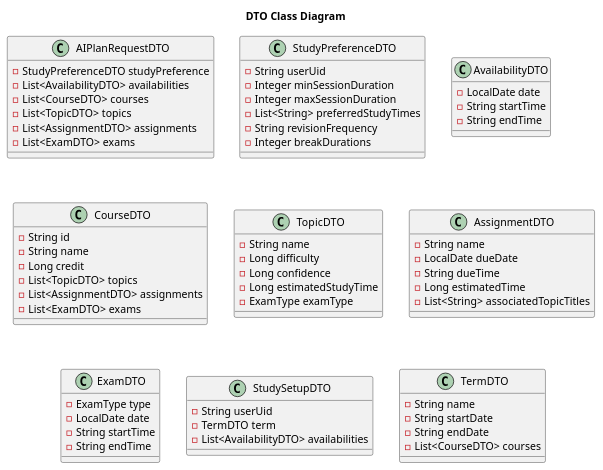
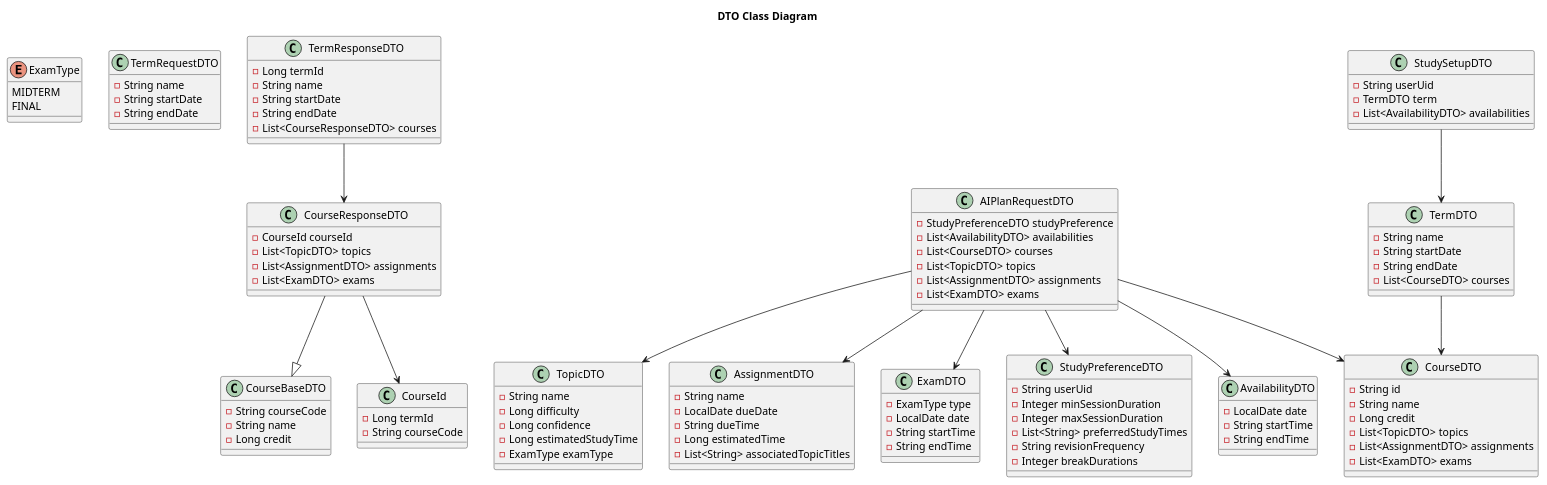
Before and after one commit to keerati5003/PlanMate-Diagram: the diagram in dto.puml, drawn with PlantUML. The commit also changed 2 other files, not shown here.

Commit message:
update term, topic

```diff
--- a/dto.puml
+++ b/dto.puml
@@ -1,73 +1,122 @@
 @startuml
 title DTO Class Diagram
 
-class AIPlanRequestDTO {
-    - StudyPreferenceDTO studyPreference
-    - List<AvailabilityDTO> availabilities
-    - List<CourseDTO> courses
+enum ExamType {
+    MIDTERM
+    FINAL
+}
+
+class TermRequestDTO {
+    - String name
+    - String startDate
+    - String endDate
+}
+
+class TermResponseDTO {
+    - Long termId
+    - String name
+    - String startDate
+    - String endDate
+    - List<CourseResponseDTO> courses
+}
+
+class CourseBaseDTO {
+    - String courseCode
+    - String name
+    - Long credit
+}
+
+class CourseResponseDTO {
+    - CourseId courseId
     - List<TopicDTO> topics
     - List<AssignmentDTO> assignments
     - List<ExamDTO> exams
 }
 
-class StudyPreferenceDTO {
-    - String userUid
-    - Integer minSessionDuration
-    - Integer maxSessionDuration
-    - List<String> preferredStudyTimes
-    - String revisionFrequency
-    - Integer breakDurations
-}
-
-class AvailabilityDTO {
-    - LocalDate date
-    - String startTime
-    - String endTime
-}
-
-class CourseDTO {
-    - String id
-    - String name
-    - Long credit
-    - List<TopicDTO> topics
-    - List<AssignmentDTO> assignments
-    - List<ExamDTO> exams
+class CourseId {
+    - Long termId
+    - String courseCode
 }
 
 class TopicDTO {
     - String name
     - Long difficulty
     - Long confidence
     - Long estimatedStudyTime
     - ExamType examType
 }
 
 class AssignmentDTO {
     - String name
     - LocalDate dueDate
     - String dueTime
     - Long estimatedTime
     - List<String> associatedTopicTitles
 }
 
 class ExamDTO {
     - ExamType type
     - LocalDate date
     - String startTime
     - String endTime
 }
 
+class StudyPreferenceDTO {
+    - String userUid
+    - Integer minSessionDuration
+    - Integer maxSessionDuration
+    - List<String> preferredStudyTimes
+    - String revisionFrequency
+    - Integer breakDurations
+}
+
+class AvailabilityDTO {
+    - LocalDate date
+    - String startTime
+    - String endTime
+}
+
+class AIPlanRequestDTO {
+    - StudyPreferenceDTO studyPreference
+    - List<AvailabilityDTO> availabilities
+    - List<CourseDTO> courses
+    - List<TopicDTO> topics
+    - List<AssignmentDTO> assignments
+    - List<ExamDTO> exams
+}
+
 class StudySetupDTO {
     - String userUid
     - TermDTO term
     - List<AvailabilityDTO> availabilities
 }
 
 class TermDTO {
     - String name
     - String startDate
     - String endDate
     - List<CourseDTO> courses
 }
 
+class CourseDTO {
+    - String id
+    - String name
+    - Long credit
+    - List<TopicDTO> topics
+    - List<AssignmentDTO> assignments
+    - List<ExamDTO> exams
+}
+
+CourseResponseDTO --|> CourseBaseDTO
+CourseResponseDTO --> CourseId
+TermResponseDTO --> CourseResponseDTO
+TermDTO --> CourseDTO
+StudySetupDTO --> TermDTO
+AIPlanRequestDTO --> StudyPreferenceDTO
+AIPlanRequestDTO --> AvailabilityDTO
+AIPlanRequestDTO --> CourseDTO
+AIPlanRequestDTO --> TopicDTO
+AIPlanRequestDTO --> AssignmentDTO
+AIPlanRequestDTO --> ExamDTO
+
 @enduml
```
